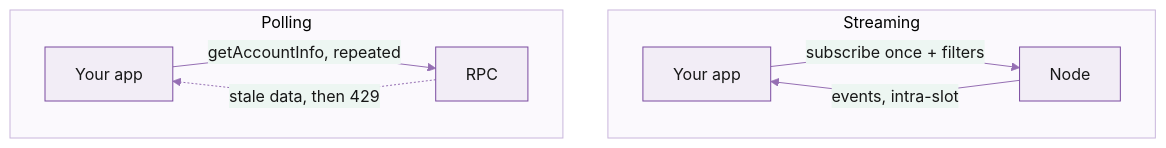
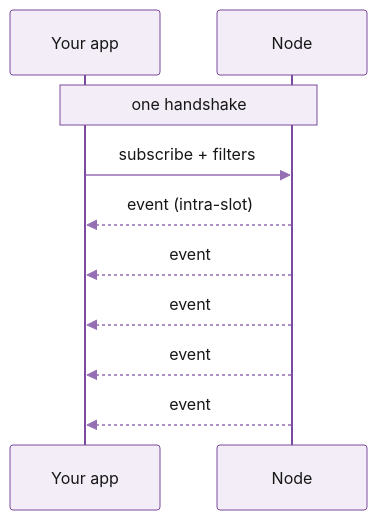
One commit to praptisharma28/triton-docs-v5 changed the second of 2 diagrams in documentation/real-time-streaming.md. Above: the diagram before and after it, drawn with Mermaid. The commit also changed other lines of this file, not shown here.

Commit message:
Streaming: two sequence diagrams (poll/stale + event x5) side by side via columns, no headlines

````diff
--- a/documentation/real-time-streaming.md
+++ b/documentation/real-time-streaming.md
@@ -13,15 +30,13 @@
 ```mermaid
-%%{init: {'theme':'base','themeVariables':{'primaryColor':'#F2EDF6','primaryBorderColor':'#7A4BA0','primaryTextColor':'#171717','lineColor':'#956FB3','clusterBkg':'#FBF9FD','clusterBorder':'#C9B6DC'},'flowchart':{'nodeSpacing':30,'rankSpacing':45,'curve':'linear'}}}%%
-flowchart LR
-    subgraph P["Polling"]
-        direction LR
-        pa["Your app"] -->|"getAccountInfo, repeated"| pr["RPC"]
-        pr -. "stale data, then 429" .-> pa
-    end
-    subgraph S["Streaming"]
-        direction LR
-        sa["Your app"] -->|"subscribe once + filters"| sn["Node"]
-        sn -->|"events, intra-slot"| sa
-    end
-    P ~~~ S
+%%{init: {'theme':'base','themeVariables':{'primaryColor':'#F2EDF6','primaryBorderColor':'#7A4BA0','primaryTextColor':'#171717','lineColor':'#956FB3','actorBkg':'#F2EDF6','actorBorder':'#7A4BA0','actorTextColor':'#171717','signalColor':'#956FB3','signalTextColor':'#171717','noteBkgColor':'#F2EDF6','noteBorderColor':'#7A4BA0','noteTextColor':'#171717','labelBoxBkgColor':'#E4DBEC','labelBoxBorderColor':'#7A4BA0'}}}%%
+sequenceDiagram
+    participant C as Your app
+    participant S as Node
+    Note over C,S: one handshake
+    C->>S: subscribe + filters
+    S-->>C: event (intra-slot)
+    S-->>C: event
+    S-->>C: event
+    S-->>C: event
+    S-->>C: event
 ```
````
